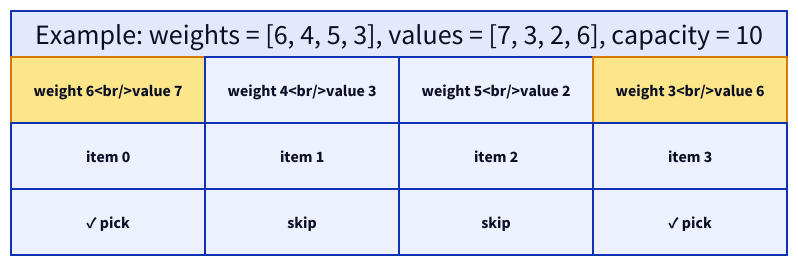
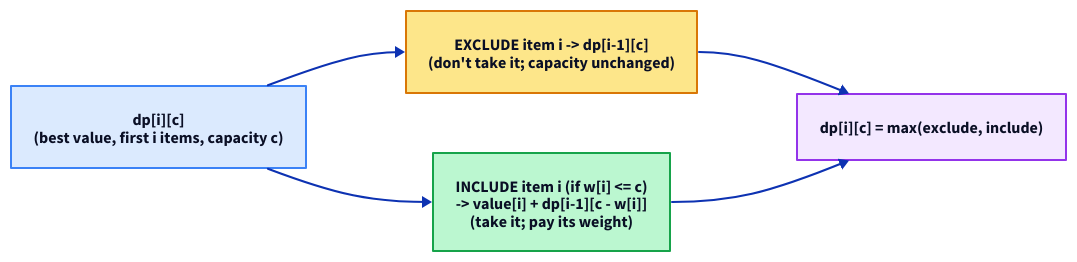
Before and after one commit to ani2fun/codefolio: the diagram in content/cortex/data-structures-and-algorithms/05-algorithms-by-strategy/05-dynamic-programming/10-knapsack.md, drawn with D2. The commit also changed other lines of this file and 1049 other files, not shown here.

````diff
--- a/content/cortex/data-structures-and-algorithms/05-algorithms-by-strategy/05-dynamic-programming/10-knapsack.md
+++ b/content/cortex/data-structures-and-algorithms/05-algorithms-by-strategy/05-dynamic-programming/10-knapsack.md
@@ -33,20 +58,11 @@
 ```d2
 direction: right
-ex: "Example: weights = [6, 4, 5, 3], values = [7, 3, 2, 6], capacity = 10" {
-  grid-rows: 3
-  grid-columns: 4
-  grid-gap: 0
-  v0: "weight 6<br/>value 7" {style.fill: "#fde68a"; style.stroke: "#d97706"}
-  v1: "weight 4<br/>value 3"
-  v2: "weight 5<br/>value 2"
-  v3: "weight 3<br/>value 6" {style.fill: "#fde68a"; style.stroke: "#d97706"}
-  i0: "item 0"
-  i1: "item 1"
-  i2: "item 2"
-  i3: "item 3"
-  s0: "✓ pick"
-  s1: "skip"
-  s2: "skip"
-  s3: "✓ pick"
-}
+cell: "dp[i][c]\n(best value, first i items, capacity c)" {style.fill: "#dbeafe"; style.stroke: "#3b82f6"}
+exclude: "EXCLUDE item i -> dp[i-1][c]\n(don't take it; capacity unchanged)" {style.fill: "#fde68a"; style.stroke: "#d97706"}
+include: "INCLUDE item i (if w[i] <= c)\n-> value[i] + dp[i-1][c - w[i]]\n(take it; pay its weight)" {style.fill: "#bbf7d0"; style.stroke: "#16a34a"}
+pick: "dp[i][c] = max(exclude, include)" {style.fill: "#f3e8ff"; style.stroke: "#9333ea"}
+cell -> exclude
+cell -> include
+exclude -> pick
+include -> pick
 ```
````
